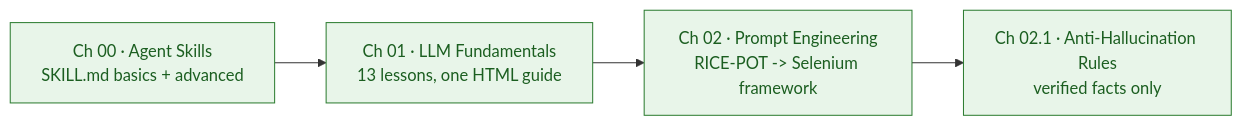
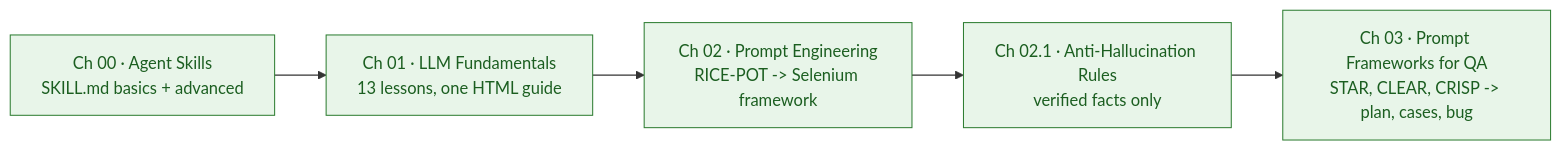
Before and after one commit to shobhitsharma5577/AITesterBluePrint5X: the first of 6 diagrams in README.md, drawn with Mermaid. The commit also changed other lines of this file and 8 other files, not shown here.

First line of the commit message:
feat: add chapter 03 STAR, CLEAR, CRISP prompts and README

````diff
--- a/README.md
+++ b/README.md
@@ -24,9 +25,10 @@
 ```mermaid
 flowchart LR
     C0["Ch 00 · Agent Skills<br/>SKILL.md basics + advanced"] --> C1["Ch 01 · LLM Fundamentals<br/>13 lessons, one HTML guide"]
     C1 --> C2["Ch 02 · Prompt Engineering<br/>RICE-POT -> Selenium framework"]
     C2 --> C21["Ch 02.1 · Anti-Hallucination Rules<br/>verified facts only"]
+    C21 --> C3["Ch 03 · Prompt Frameworks for QA<br/>STAR, CLEAR, CRISP -> plan, cases, bug"]
 
     classDef done fill:#e8f5e9,stroke:#2e7d32,color:#1b5e20
-    class C0,C1,C2,C21 done
+    class C0,C1,C2,C21,C3 done
 ```
````
